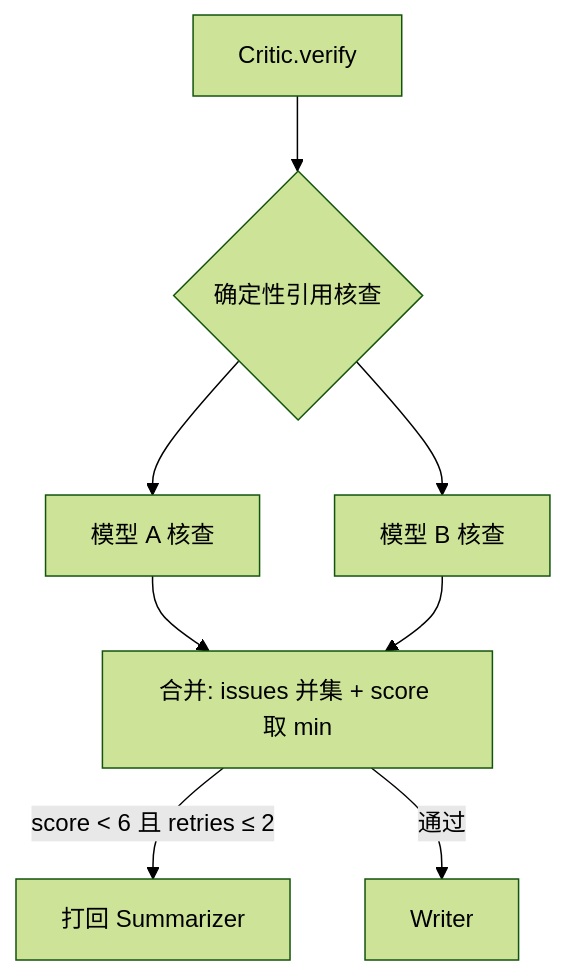
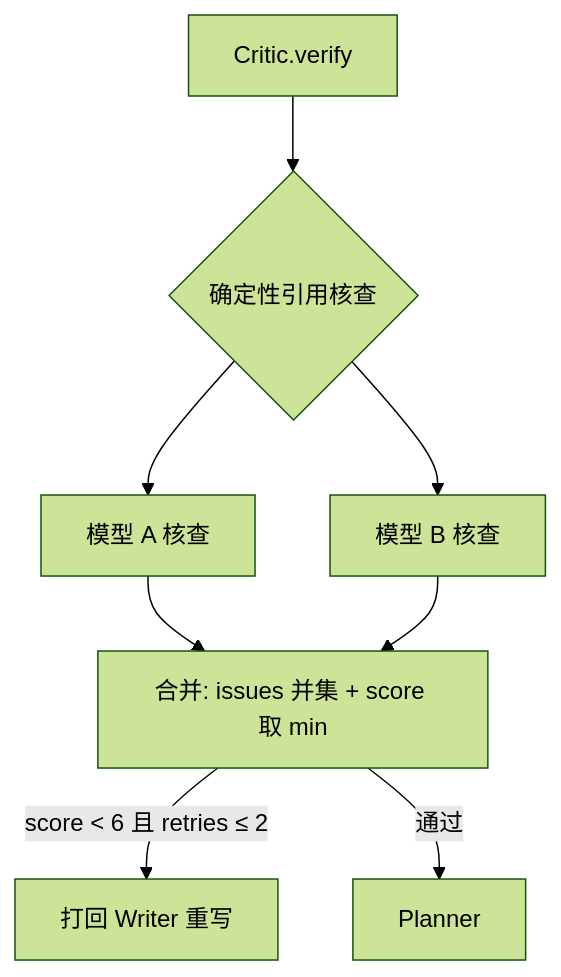
The second of 4 diagrams in docs/architecture.md (jsidj306/Biomed-Research-Agent), drawn with Mermaid (forest theme) before and after one commit. The commit also changed other lines of this file and 3 other files, not shown here.

````diff
--- a/docs/architecture.md
+++ b/docs/architecture.md
@@ -88,10 +88,10 @@
 ```mermaid
 graph TD
     CR[Critic.verify] --> CITE{确定性引用核查}
     CITE --> A[模型 A 核查]
     CITE --> B[模型 B 核查]
     A --> M[合并: issues 并集 + score 取 min]
     B --> M
-    M -->|score < 6 且 retries ≤ 2| SU[打回 Summarizer]
-    M -->|通过| WR[Writer]
+    M -->|score < 6 且 retries ≤ 2| WR[打回 Writer 重写]
+    M -->|通过| PL[Planner]
 ```
````
